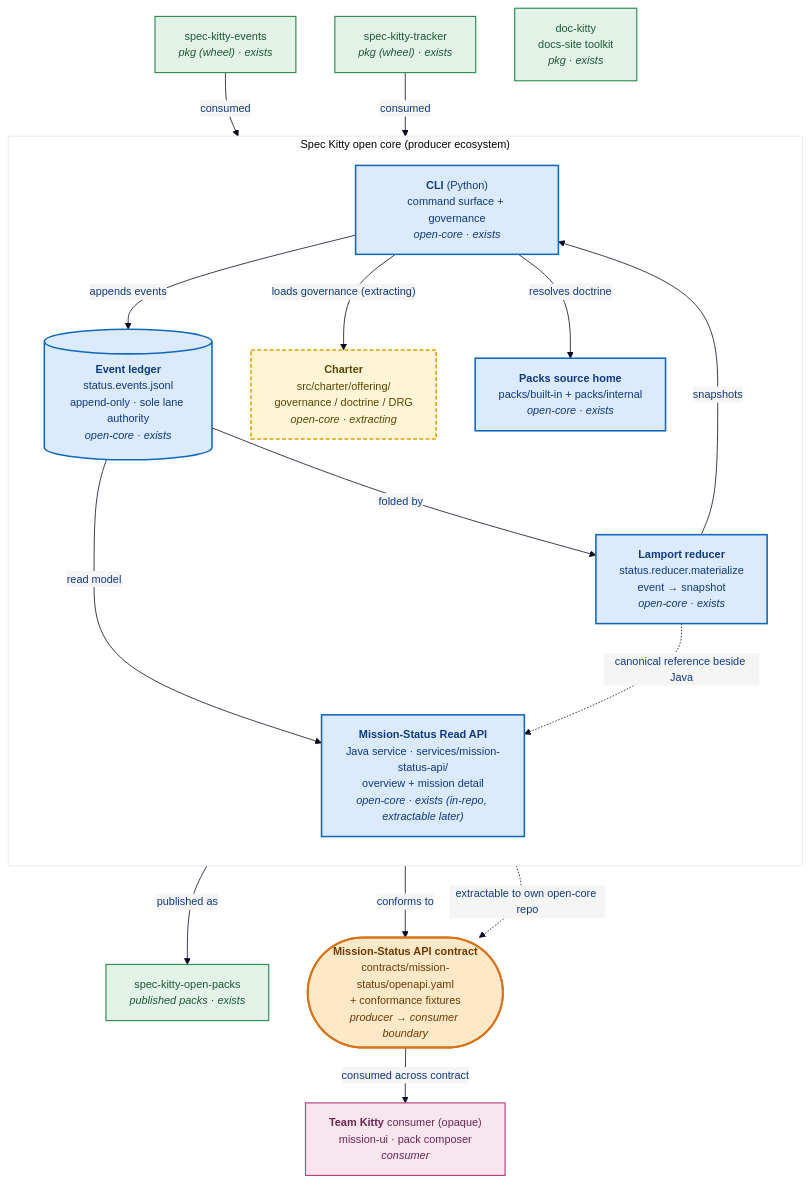
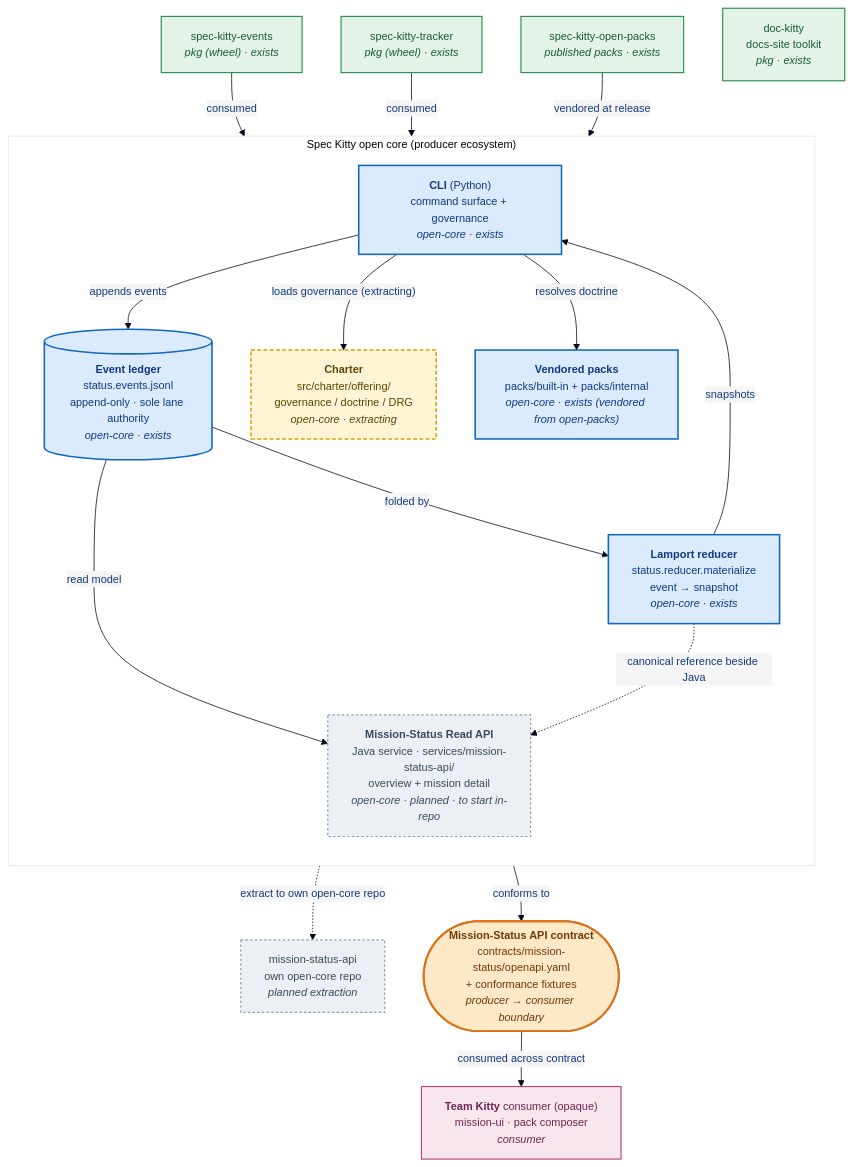
The third of 3 diagrams in docs/architecture/diagrams/02_containers/README.md (spec-kitty/spec-kitty), drawn with Mermaid before and after one commit. The commit also changed other lines of this file and 3 other files, not shown here.

First line of the commit message:
docs(landing): label planned mission-status service as planned

````diff
--- a/docs/architecture/diagrams/02_containers/README.md
+++ b/docs/architecture/diagrams/02_containers/README.md
@@ -274,49 +274,52 @@
 ```mermaid
 %%{init: {'theme':'base','themeVariables': {
   'fontFamily': 'Trebuchet MS, Verdana, Arial, sans-serif',
   'fontSize': '14px',
   'primaryColor': '#f5f5f5',
   'primaryTextColor': '#103a82',
   'primaryBorderColor': '#1c75cc',
   'lineColor': '#0a0721'
 }}}%%
 flowchart TB
     subgraph OpenCore["Spec Kitty open core (producer ecosystem)"]
       direction TB
       cli["<b>CLI</b> (Python)<br/>command surface + governance<br/><i>open-core · exists</i>"]
       ledger[("<b>Event ledger</b><br/>status.events.jsonl<br/>append-only · sole lane authority<br/><i>open-core · exists</i>")]
       reducer["<b>Lamport reducer</b><br/>status.reducer.materialize<br/>event → snapshot<br/><i>open-core · exists</i>"]
-      statusapi["<b>Mission-Status Read API</b><br/>Java service · services/mission-status-api/<br/>overview + mission detail<br/><i>open-core · exists (in-repo, extractable later)</i>"]
+      statusapi["<b>Mission-Status Read API</b><br/>Java service · services/mission-status-api/<br/>overview + mission detail<br/><i>open-core · planned · to start in-repo</i>"]
       charter["<b>Charter</b><br/>src/charter/offering/<br/>governance / doctrine / DRG<br/><i>open-core · extracting</i>"]
-      packsrc["<b>Packs source home</b><br/>packs/built-in + packs/internal<br/><i>open-core · exists</i>"]
+      packsrc["<b>Vendored packs</b><br/>packs/built-in + packs/internal<br/><i>open-core · exists (vendored from open-packs)</i>"]
     end
     events["spec-kitty-events<br/><i>pkg (wheel) · exists</i>"]
     tracker["spec-kitty-tracker<br/><i>pkg (wheel) · exists</i>"]
     openpacks["spec-kitty-open-packs<br/><i>published packs · exists</i>"]
     dockitty["doc-kitty<br/>docs-site toolkit<br/><i>pkg · exists</i>"]
+    apiRepoFuture["mission-status-api<br/>own open-core repo<br/><i>planned extraction</i>"]
     seam(["<b>Mission-Status API contract</b><br/>contracts/mission-status/openapi.yaml<br/>+ conformance fixtures<br/><i>producer → consumer boundary</i>"])
     teamkitty["<b>Team Kitty</b> consumer (opaque)<br/>mission-ui · pack composer<br/><i>consumer</i>"]
     cli -->|appends events| ledger
     ledger -->|folded by| reducer
     reducer -->|snapshots| cli
     ledger -->|read model| statusapi
     reducer -. canonical reference beside Java .-> statusapi
     cli -->|"loads governance (extracting)"| charter
     cli -->|resolves doctrine| packsrc
     events -->|consumed| cli
     tracker -->|consumed| cli
-    packsrc -->|published as| openpacks
+    openpacks -->|vendored at release| packsrc
     statusapi -->|conforms to| seam
-    statusapi -. extractable to own open-core repo .-> seam
+    statusapi -. extract to own open-core repo .-> apiRepoFuture
     seam -->|consumed across contract| teamkitty
     classDef coreProducer fill:#dceafd,stroke:#1168bd,color:#103a82,stroke-width:2px;
     classDef extracting fill:#fff4d6,stroke:#d9a400,color:#5a4600,stroke-width:2px,stroke-dasharray:5 3;
+    classDef planned fill:#eceff3,stroke:#8c9cab,color:#384b5f,stroke-width:1.5px,stroke-dasharray:3 3;
     classDef pkg fill:#e3f3e8,stroke:#2f8f52,color:#1d5a34,stroke-width:1.5px;
     classDef seam fill:#fde8c8,stroke:#d9731a,color:#6e3a05,stroke-width:2.5px;
     classDef consumer fill:#f7e6ee,stroke:#b5457f,color:#6e2650,stroke-width:1.5px;
-    class cli,ledger,reducer,statusapi,packsrc coreProducer;
+    class cli,ledger,reducer,packsrc coreProducer;
+    class statusapi,apiRepoFuture planned;
     class charter extracting;
     class events,tracker,openpacks,dockitty pkg;
     class seam seam;
     class teamkitty consumer;
 ```
````
